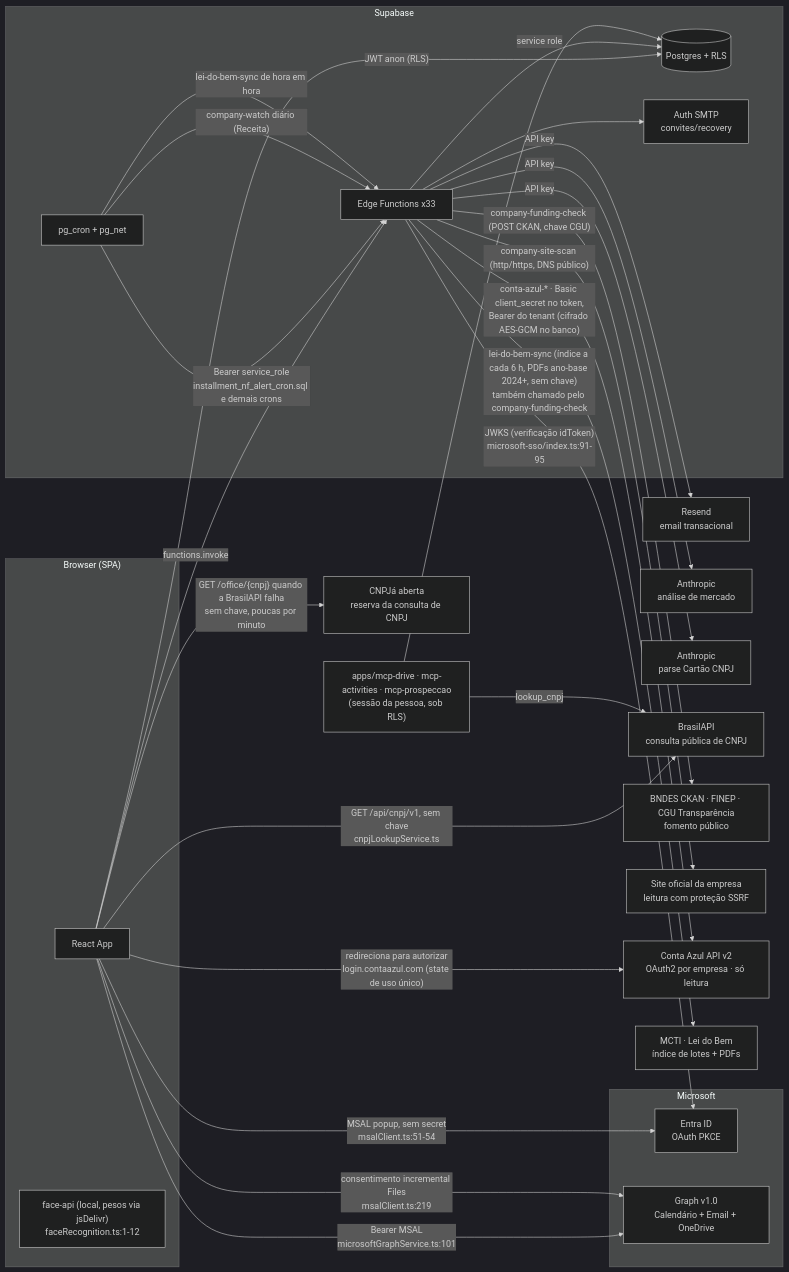
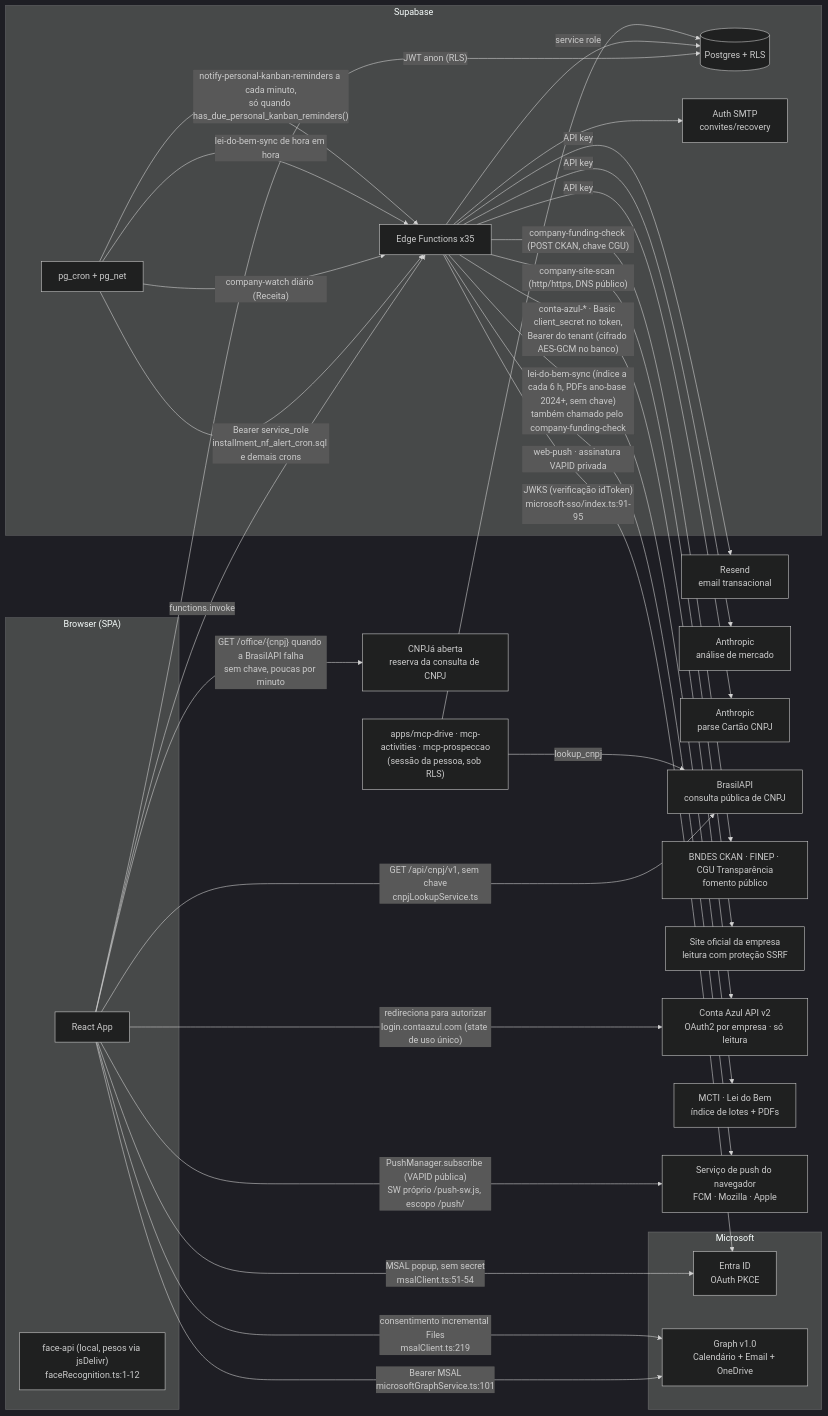
Before and after one commit to Origami-Lab-Organization/og-pulse: the diagram in .harness/docs/architecture/integrations.md, drawn with Mermaid (dark theme). The commit also changed other lines of this file and 108 other files, not shown here.

````diff
--- a/.harness/docs/architecture/integrations.md
+++ b/.harness/docs/architecture/integrations.md
@@ -44,53 +48,57 @@
 ```mermaid
 flowchart LR
     subgraph Browser["Browser (SPA)"]
         SPA[React App]
         FACE["face-api (local, pesos via jsDelivr)<br/>faceRecognition.ts:1-12"]
     end
 
     subgraph Supabase
         REST[(Postgres + RLS)]
-        EF[Edge Functions x33]
+        EF[Edge Functions x35]
         CRON[pg_cron + pg_net]
         SMTP[Auth SMTP<br/>convites/recovery]
     end
 
     subgraph Microsoft
         ENTRA[Entra ID<br/>OAuth PKCE]
         GRAPH[Graph v1.0<br/>Calendário + Email + OneDrive]
     end
 
     EXT1[Resend<br/>email transacional]
     EXT2[Anthropic<br/>análise de mercado]
     EXT3[Anthropic<br/>parse Cartão CNPJ]
     EXT4[BrasilAPI<br/>consulta pública de CNPJ]
     EXT9[CNPJá aberta<br/>reserva da consulta de CNPJ]
     EXT5[BNDES CKAN · FINEP · CGU Transparência<br/>fomento público]
     EXT6[Site oficial da empresa<br/>leitura com proteção SSRF]
     EXT7[Conta Azul API v2<br/>OAuth2 por empresa · só leitura]
     EXT8[MCTI · Lei do Bem<br/>índice de lotes + PDFs]
+    EXT10[Serviço de push do navegador<br/>FCM · Mozilla · Apple]
 
     SPA -->|"JWT anon (RLS)"| REST
     SPA -->|functions.invoke| EF
     SPA -->|"MSAL popup, sem secret<br/>msalClient.ts:51-54"| ENTRA
     SPA -->|"Bearer MSAL<br/>microsoftGraphService.ts:101"| GRAPH
     SPA -->|"consentimento incremental Files<br/>msalClient.ts:219"| GRAPH
     CRON -->|"Bearer service_role<br/>installment_nf_alert_cron.sql e demais crons"| EF
     EF -->|service role| REST
     EF -->|"JWKS (verificação idToken)<br/>microsoft-sso/index.ts:91-95"| ENTRA
     EF -->|API key| EXT1
     EF -->|API key| EXT2
     EF -->|API key| EXT3
     EF --> SMTP
     EF -->|"company-funding-check (POST CKAN, chave CGU)"| EXT5
     EF -->|"company-site-scan (http/https, DNS público)"| EXT6
     SPA -->|"redireciona para autorizar<br/>login.contaazul.com (state de uso único)"| EXT7
     EF -->|"conta-azul-* · Basic client_secret no token,<br/>Bearer do tenant (cifrado AES-GCM no banco)"| EXT7
     CRON -->|"company-watch diário (Receita)"| EF
     CRON -->|"lei-do-bem-sync de hora em hora"| EF
+    CRON -->|"notify-personal-kanban-reminders a cada minuto,<br/>só quando has_due_personal_kanban_reminders()"| EF
+    SPA -->|"PushManager.subscribe (VAPID pública)<br/>SW próprio /push-sw.js, escopo /push/"| EXT10
+    EF -->|"web-push · assinatura VAPID privada"| EXT10
     EF -->|"lei-do-bem-sync (índice a cada 6 h, PDFs ano-base 2024+, sem chave)<br/>também chamado pelo company-funding-check"| EXT8
     SPA -->|"GET /api/cnpj/v1, sem chave<br/>cnpjLookupService.ts"| EXT4
     SPA -->|"GET /office/{cnpj} quando a BrasilAPI falha<br/>sem chave, poucas por minuto"| EXT9
     MCP["apps/mcp-drive · mcp-activities · mcp-prospeccao<br/>(sessão da pessoa, sob RLS)"] --> REST
     MCP -->|"lookup_cnpj"| EXT4
 ```
````
